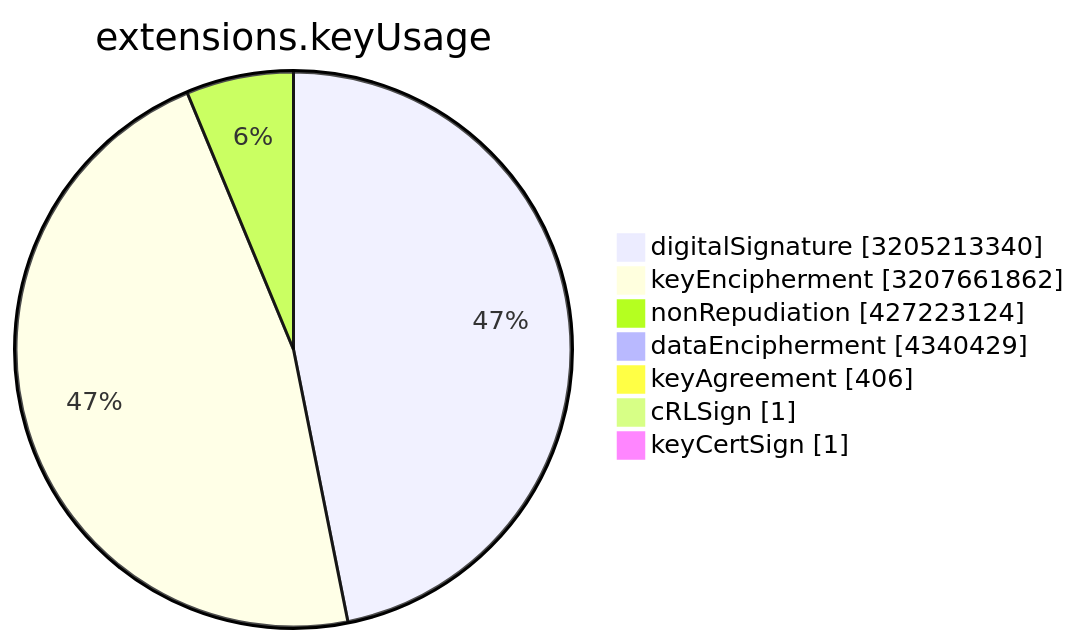
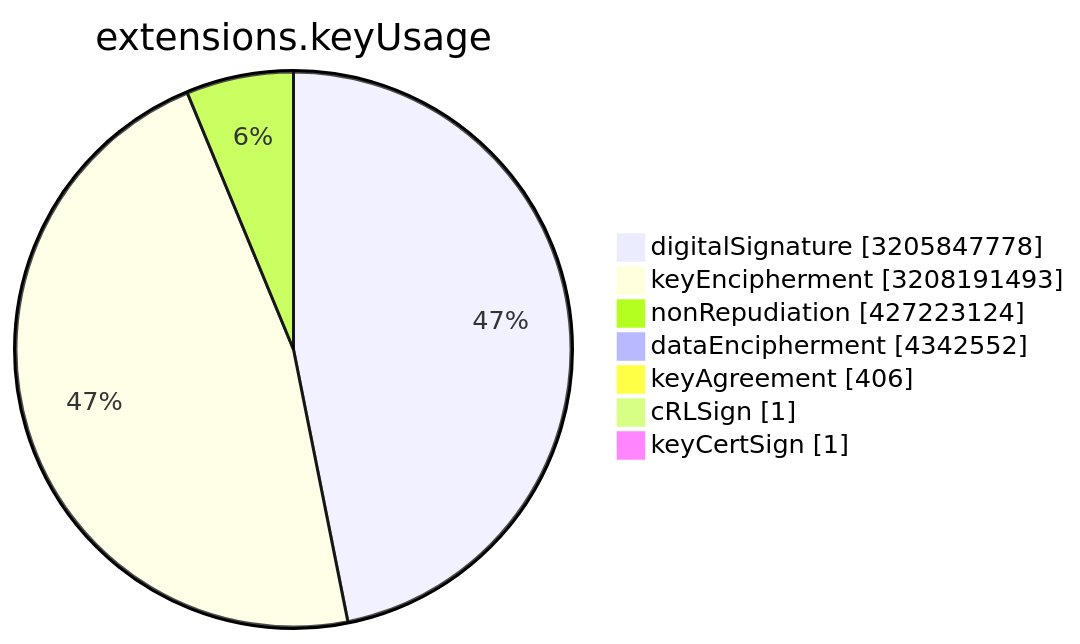
One commit to christiankrug/ctmonitor_visualization changed the sixth of 15 diagrams in TOTAL/README.md. Above: the diagram before and after it, drawn with Mermaid. The commit also changed other lines of this file, not shown here.

````diff
--- a/TOTAL/README.md
+++ b/TOTAL/README.md
@@ -3077,11 +3077,11 @@
 ```mermaid
 pie showData
 title extensions.keyUsage
-"digitalSignature" :3205213340
-"keyEncipherment" :3207661862
+"digitalSignature" :3205847778
+"keyEncipherment" :3208191493
 "nonRepudiation" :427223124
-"dataEncipherment" :4340429
+"dataEncipherment" :4342552
 "keyAgreement" :406
 "cRLSign" :1
 "keyCertSign" :1
 ```
````
